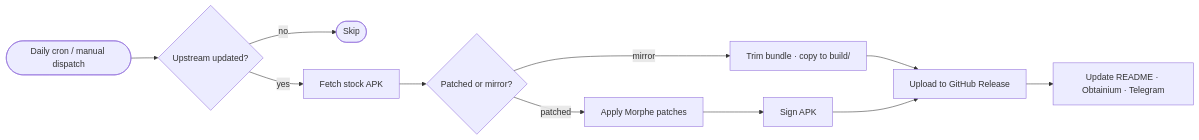
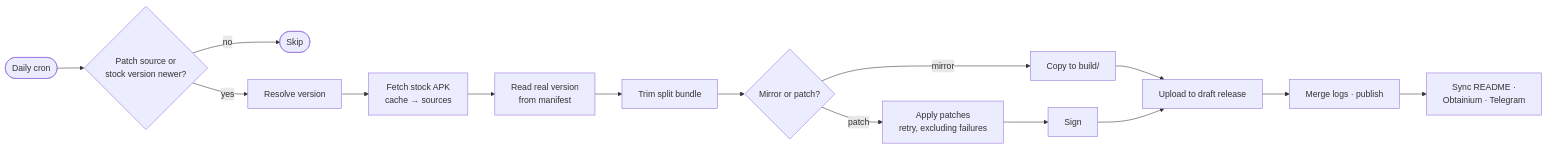
One commit to softpyscho/apkforge changed the diagram in README.md. Above: the diagram before and after it, drawn with Mermaid. The commit also changed other lines of this file and 3 other files, not shown here.

````diff
--- a/README.md
+++ b/README.md
@@ -161,13 +181,17 @@
 ```mermaid
 flowchart LR
-    A([Daily cron / manual dispatch]) --> B{Upstream updated?}
+    A([Daily cron]) --> B{Patch source or<br>stock version newer?}
     B -- no --> Z([Skip])
-    B -- yes --> C[Fetch stock APK]
-    C --> D{Patched or mirror?}
-    D -- mirror --> E[Trim bundle · copy to build/]
-    D -- patched --> F[Apply Morphe patches]
-    F --> G[Sign APK]
-    E --> H[Upload to GitHub Release]
-    G --> H
-    H --> I[Update README · Obtainium · Telegram]
+    B -- yes --> C[Resolve version]
+    C --> D[Fetch stock APK<br>cache → sources]
+    D --> E[Read real version<br>from manifest]
+    E --> F[Trim split bundle]
+    F --> G{Mirror or patch?}
+    G -- mirror --> H[Copy to build/]
+    G -- patch --> I[Apply patches<br>retry, excluding failures]
+    I --> J[Sign]
+    H --> K[Upload to draft release]
+    J --> K
+    K --> L[Merge logs · publish]
+    L --> M[Sync README ·<br>Obtainium · Telegram]
 ```
````
